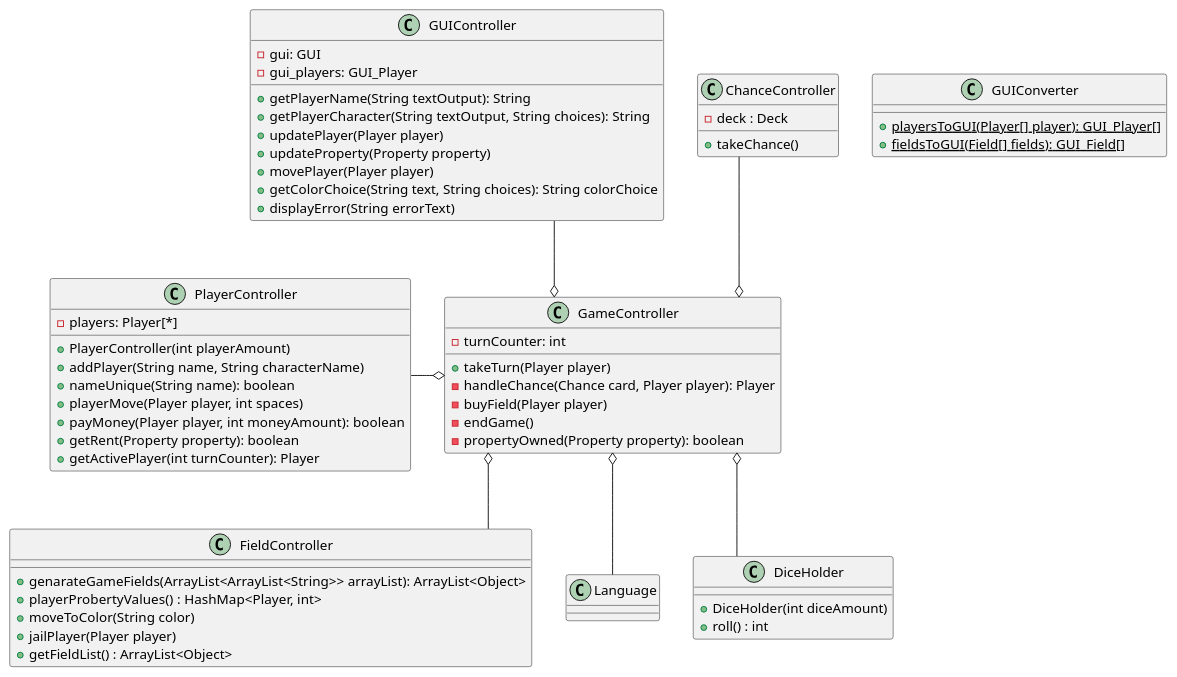
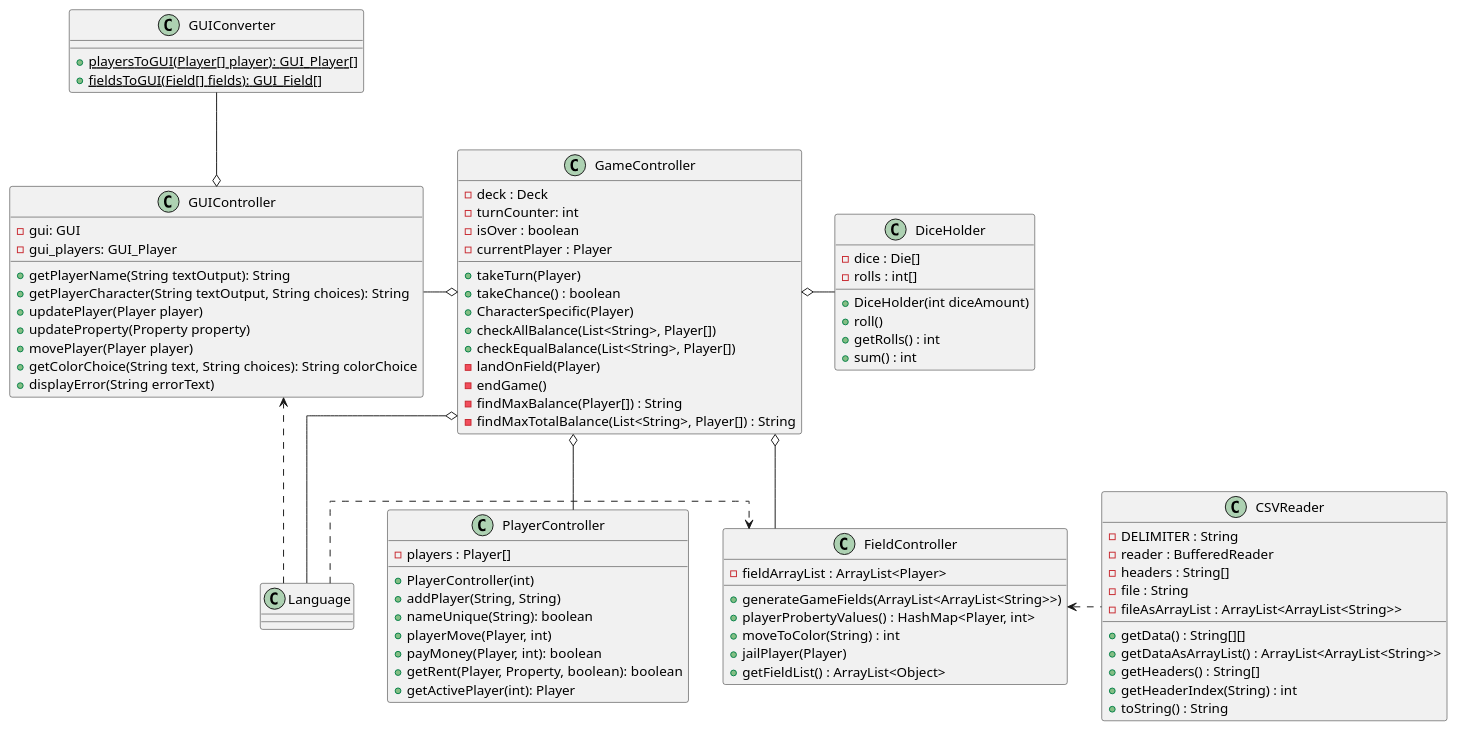
One commit to Gruppe-10-DTU/CDIO-FINAL changed the diagram in src/main/resources/Diagrams/ControllerDiagram.puml. Above: the diagram before and after it, drawn with PlantUML.

Commit message:
updated diagram to match code

```diff
--- a/src/main/resources/Diagrams/ControllerDiagram.puml
+++ b/src/main/resources/Diagrams/ControllerDiagram.puml
@@ -1,68 +1,93 @@
 @startuml
-skinparam linetype polyline
 skinparam linetype ortho
 
-Class GUIController{
+
+class Language{
+}
+
+class GUIController{
  - gui: GUI
  - gui_players: GUI_Player
  + getPlayerName(String textOutput): String
  + getPlayerCharacter(String textOutput, String choices): String
  + updatePlayer(Player player)
  + updateProperty(Property property)
  + movePlayer(Player player)
  + getColorChoice(String text, String choices): String colorChoice
  + displayError(String errorText)
 }
-Class GUIConverter{
+class GUIConverter{
  {static} + playersToGUI(Player[] player): GUI_Player[]
  {static} + fieldsToGUI(Field[] fields): GUI_Field[]
 }
-Class GameController{
+class GameController{
+ - deck : Deck
  - turnCounter: int
- + takeTurn(Player player)
- - handleChance(Chance card, Player player): Player
- - buyField(Player player)
+ - isOver : boolean
+ - currentPlayer : Player
+ + takeTurn(Player)
+ + takeChance() : boolean
+ + CharacterSpecific(Player)
+ + checkAllBalance(List<String>, Player[])
+ + checkEqualBalance(List<String>, Player[])
+ - landOnField(Player)
  - endGame()
- - propertyOwned(Property property): boolean
+ - findMaxBalance(Player[]) : String
+ - findMaxTotalBalance(List<String>, Player[]) : String
 }
 
-Class PlayerController{
- - players: Player[*]
- + PlayerController(int playerAmount)
- + addPlayer(String name, String characterName)
- + nameUnique(String name): boolean
- + playerMove(Player player, int spaces)
- + payMoney(Player player, int moneyAmount): boolean
- + getRent(Property property): boolean
- + getActivePlayer(int turnCounter): Player
+class PlayerController{
+ - players : Player[]
+ + PlayerController(int)
+ + addPlayer(String, String)
+ + nameUnique(String): boolean
+ + playerMove(Player, int)
+ + payMoney(Player, int): boolean
+ + getRent(Player, Property, boolean): boolean
+ + getActivePlayer(int): Player
 }
 
-Class FieldController{
- + genarateGameFields(ArrayList<ArrayList<String>> arrayList): ArrayList<Object>
+class FieldController{
+ - fieldArrayList : ArrayList<Player>
+ + generateGameFields(ArrayList<ArrayList<String>>)
  + playerProbertyValues() : HashMap<Player, int>
- + moveToColor(String color)
- + jailPlayer(Player player)
+ + moveToColor(String) : int
+ + jailPlayer(Player)
  + getFieldList() : ArrayList<Object>
 }
 
-Class ChanceController{
- - deck : Deck
- + takeChance()
+
+class CSVReader{
+ - DELIMITER : String
+ - reader : BufferedReader
+ - headers : String[]
+ - file : String
+ - fileAsArrayList : ArrayList<ArrayList<String>>
+ + getData() : String[][]
+ + getDataAsArrayList() : ArrayList<ArrayList<String>>
+ + getHeaders() : String[]
+ + getHeaderIndex(String) : int
+ + toString() : String
 }
 
-Class Language{
-
+class DiceHolder{
+ - dice : Die[]
+ - rolls : int[]
+ + DiceHolder(int diceAmount)
+ + roll()
+ + getRolls() : int
+ + sum() : int
 }
 
-Class DiceHolder{
- + DiceHolder(int diceAmount)
- + roll() : int
-}
-GameController o-up- ChanceController
-GameController o-up- GUIController
-GameController o-left- PlayerController
-GameController o-down- FieldController
-GameController o-- DiceHolder
+GameController o-left- GUIController
+GameController o-- PlayerController
+GameController o-- FieldController
+GameController o- DiceHolder
 GameController o-- Language
+GUIConverter --o GUIController
+FieldController <. CSVReader
+
+Language .> FieldController
+Language .> GUIController
 
 @enduml
```
